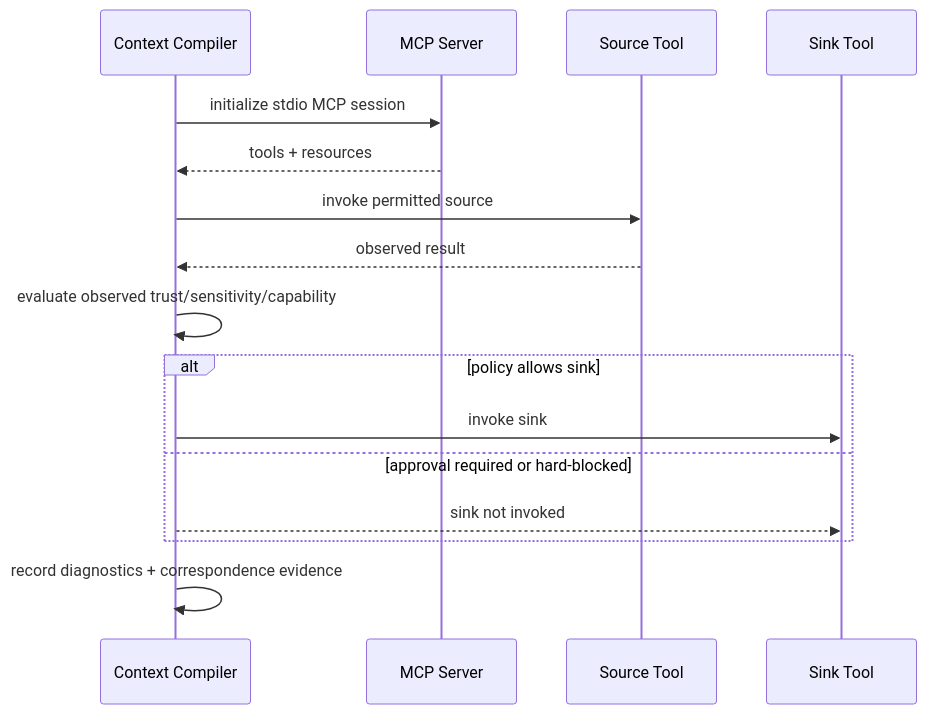
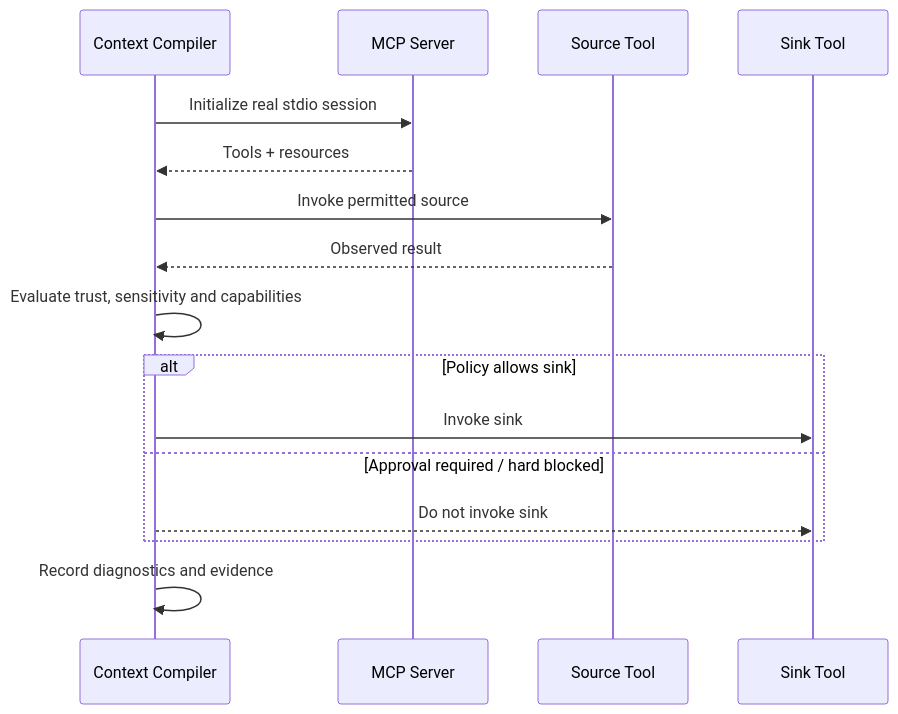
The fifth of 7 diagrams in README.md (Gopal-Singh-Subramani-Singh/context-compiler), drawn with Mermaid before and after one commit. The commit also changed other lines of this file, not shown here.

````diff
--- a/README.md
+++ b/README.md
@@ -362,19 +299,23 @@
 ```mermaid
 sequenceDiagram
-    participant C as Context Compiler
-    participant S as MCP Server
+    participant CC as Context Compiler
+    participant MCP as MCP Server
     participant SRC as Source Tool
-    participant SNK as Sink Tool
+    participant SINK as Sink Tool
 
-    C->>S: initialize stdio MCP session
-    S-->>C: tools + resources
-    C->>SRC: invoke permitted source
-    SRC-->>C: observed result
-    C->>C: evaluate observed trust/sensitivity/capability
-    alt policy allows sink
-        C->>SNK: invoke sink
-    else approval required or hard-blocked
-        C-->>SNK: sink not invoked
+    CC->>MCP: Initialize real stdio session
+    MCP-->>CC: Tools + resources
+
+    CC->>SRC: Invoke permitted source
+    SRC-->>CC: Observed result
+
+    CC->>CC: Evaluate trust, sensitivity and capabilities
+
+    alt Policy allows sink
+        CC->>SINK: Invoke sink
+    else Approval required / hard blocked
+        CC-->>SINK: Do not invoke sink
     end
-    C->>C: record diagnostics + correspondence evidence
+
+    CC->>CC: Record diagnostics and evidence
 ```
````
